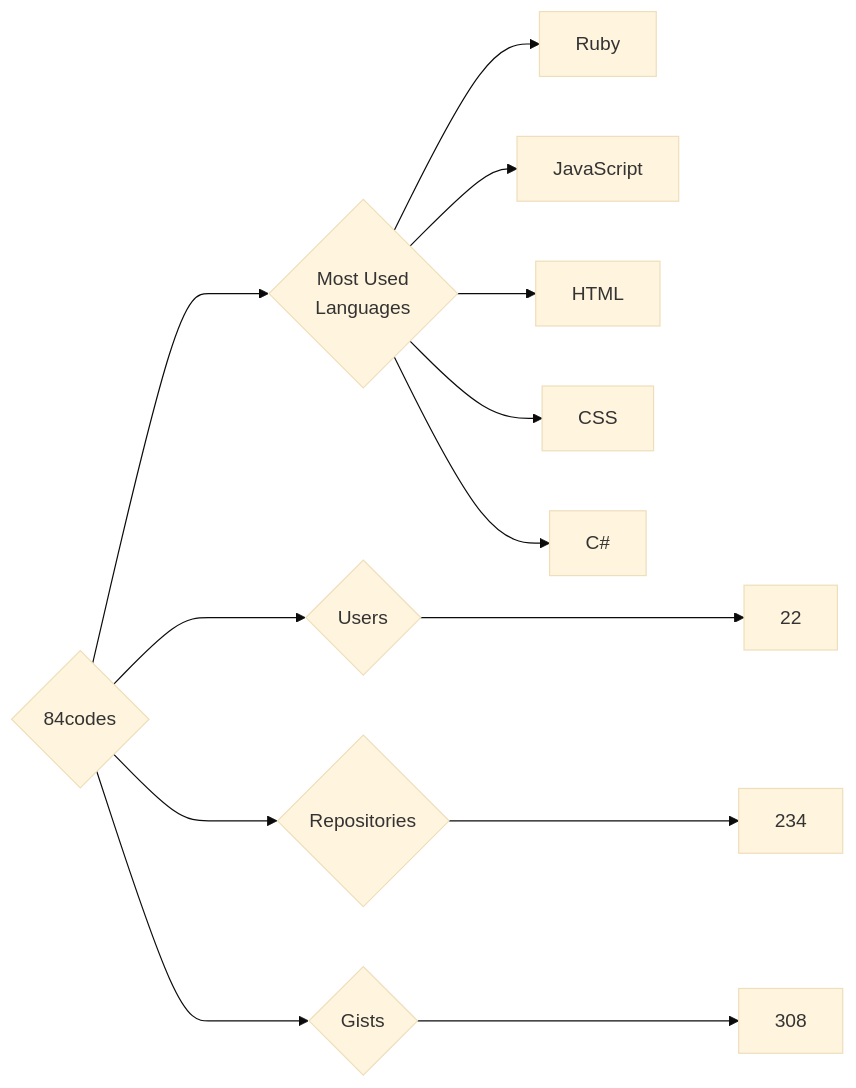
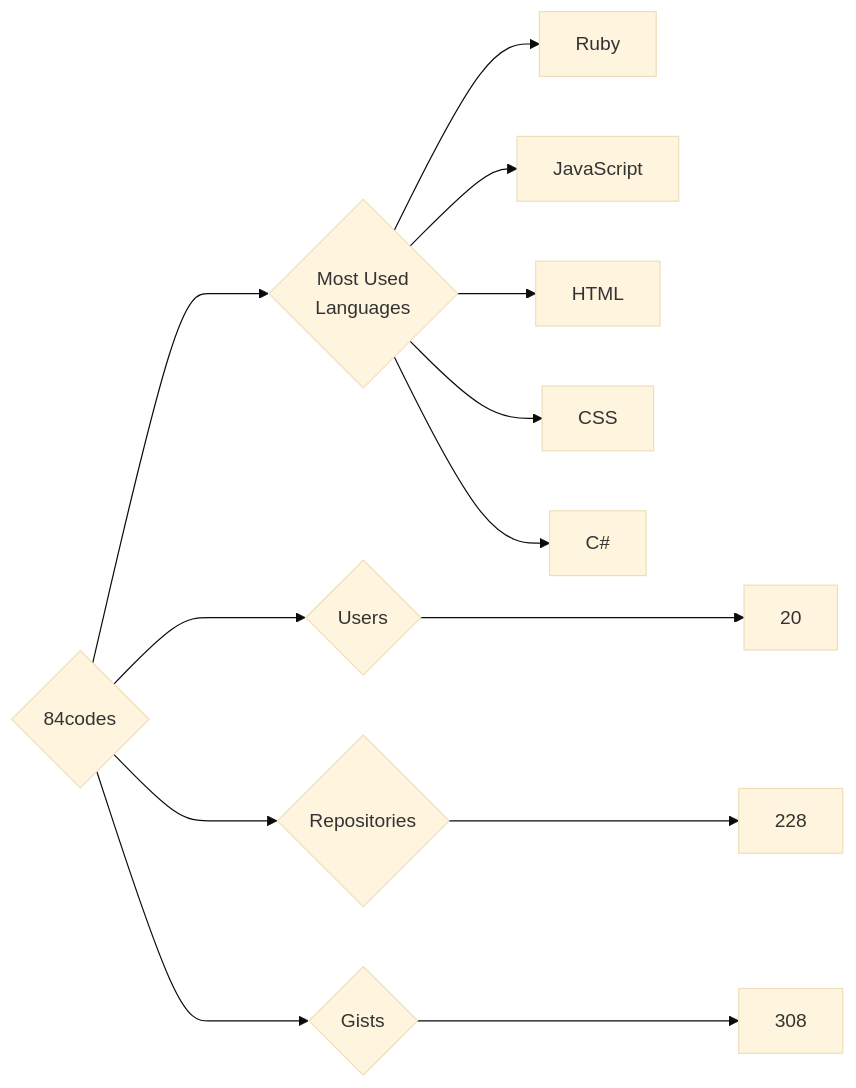
One commit to trickest/insiders changed the diagram in targets/84codes/README.md. Above: the diagram before and after it, drawn with Mermaid (base theme). The commit also changed 1195 other files, not shown here.

````diff
--- a/targets/84codes/README.md
+++ b/targets/84codes/README.md
@@ -3,13 +3,13 @@
 ```mermaid
 graph LR
 COMPANY_NAME{84codes}
-COMPANY_NAME ---> U{Users} ---> UN[22]
-COMPANY_NAME ---> R{Repositories} ---> RN[234]
+COMPANY_NAME ---> U{Users} ---> UN[20]
+COMPANY_NAME ---> R{Repositories} ---> RN[228]
 COMPANY_NAME ---> G{Gists} ---> GN[308]
 COMPANY_NAME ---> ML{Most Used<br>Languages}
 ML --> Ruby[Ruby]
 ML --> JavaScript[JavaScript]
 ML --> HTML[HTML]
 ML --> CSS[CSS]
 ML --> C#[C#]
 ```
````
